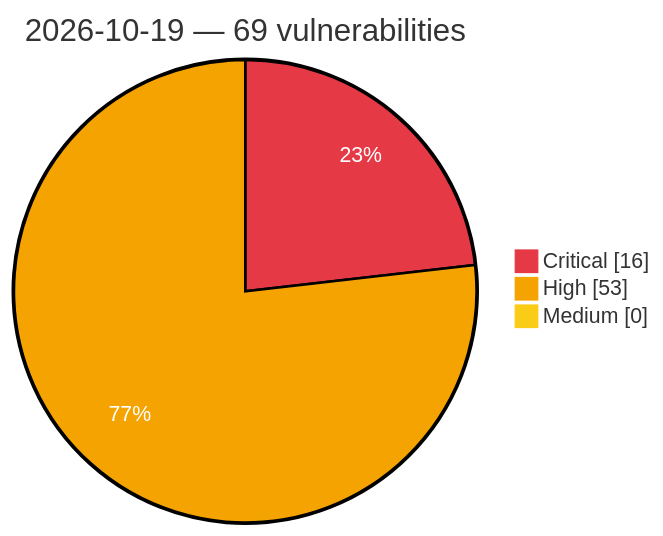
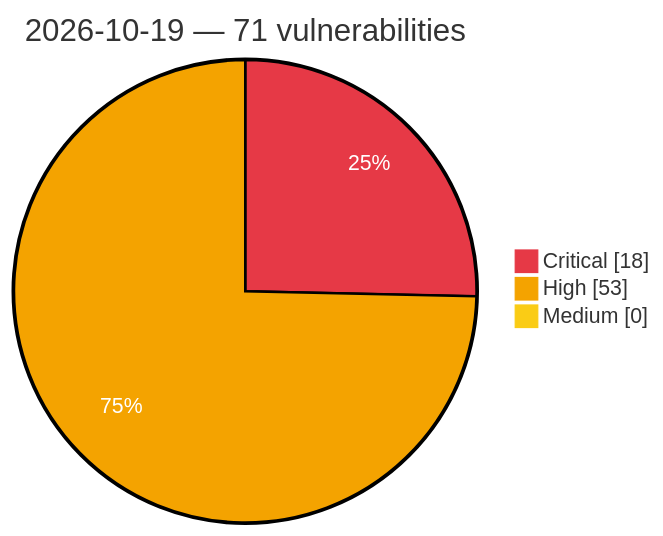
Before and after one commit to GhostX0X/vuln-tracker: the diagram in vulnerabilities/2026/October/2026-10-19.md, drawn with Mermaid. The commit also changed other lines of this file and 8 other files, not shown here.

````diff
--- a/vulnerabilities/2026/October/2026-10-19.md
+++ b/vulnerabilities/2026/October/2026-10-19.md
@@ -3,8 +3,8 @@
 ```mermaid
 %%{init: {'theme':'base', 'themeVariables': {'pie1':'#e63946', 'pie2':'#f4a300', 'pie3':'#facc15', 'pieOpacity':'1', 'pieOuterStrokeWidth':'2px', 'pieSectionTextColor':'#ffffff'}}}%%
 pie showData
-    title 2026-10-19 — 69 vulnerabilities
-    "Critical" : 16
+    title 2026-10-19 — 71 vulnerabilities
+    "Critical" : 18
     "High" : 53
     "Medium" : 0
 ```
````
